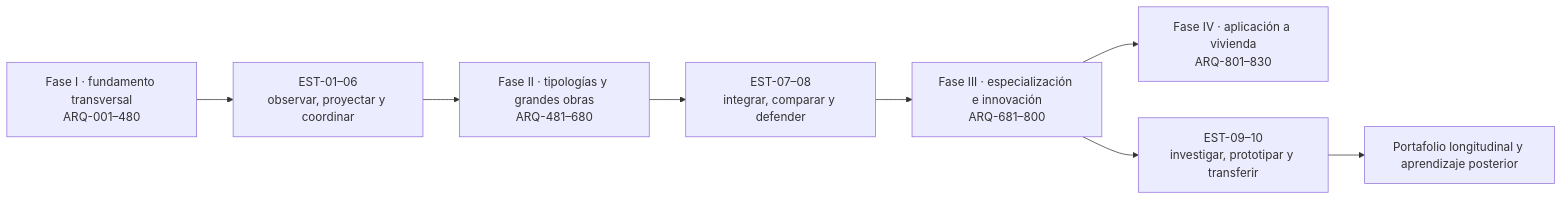
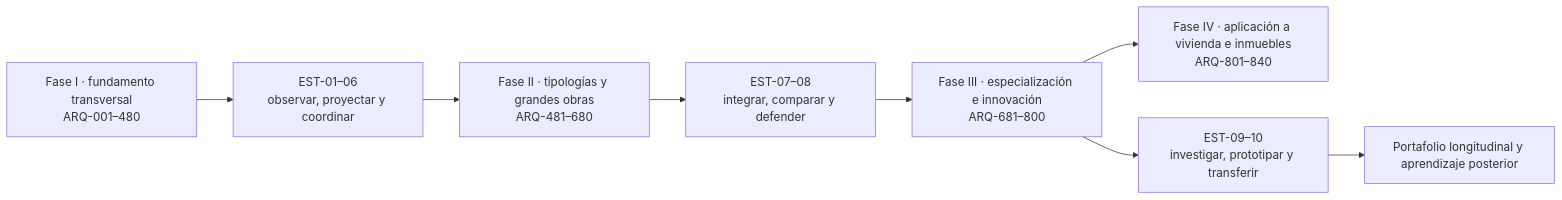
One commit to vladimiracunadev-create/architecture-built-environment-learning-program changed the diagram in docs/MAPA_DE_DEPENDENCIAS.md. Above: the diagram before and after it, drawn with Mermaid. The commit also changed 182 other files, not shown here.

````diff
--- a/docs/MAPA_DE_DEPENDENCIAS.md
+++ b/docs/MAPA_DE_DEPENDENCIAS.md
@@ -5,10 +5,10 @@
 ```mermaid
 flowchart LR
     F1["Fase I · fundamento transversal<br>ARQ-001–480"] --> E1["EST-01–06<br>observar, proyectar y coordinar"]
     E1 --> F2["Fase II · tipologías y grandes obras<br>ARQ-481–680"]
     F2 --> E2["EST-07–08<br>integrar, comparar y defender"]
     E2 --> F3["Fase III · especialización e innovación<br>ARQ-681–800"]
-    F3 --> F4["Fase IV · aplicación a vivienda<br>ARQ-801–830"]
+    F3 --> F4["Fase IV · aplicación a vivienda e inmuebles<br>ARQ-801–840"]
     F3 --> E3["EST-09–10<br>investigar, prototipar y transferir"]
     E3 --> P["Portafolio longitudinal y aprendizaje posterior"]
 ```
````
